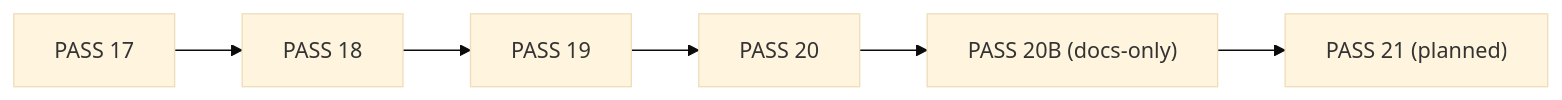
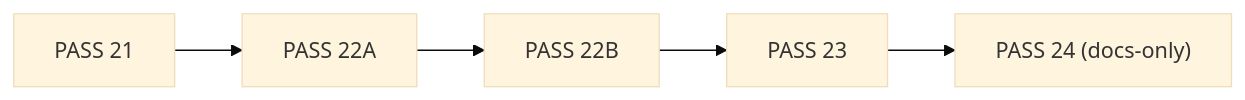
The first of 6 diagrams in docs/MERMAID_DIAGRAMS.md (Fuuduuu/ANDROBUSS), drawn with Mermaid (base theme) before and after one commit. The commit also changed other lines of this file and 9 other files, not shown here.

````diff
--- a/docs/MERMAID_DIAGRAMS.md
+++ b/docs/MERMAID_DIAGRAMS.md
@@ -7,8 +7,7 @@
 ```mermaid
 flowchart LR
-    P17["PASS 17"] --> P18["PASS 18"]
-    P18 --> P19["PASS 19"]
-    P19 --> P20["PASS 20"]
-    P20 --> P20B["PASS 20B (docs-only)"]
-    P20B --> P21["PASS 21 (planned)"]
+    P21["PASS 21"] --> P22A["PASS 22A"]
+    P22A --> P22B["PASS 22B"]
+    P22B --> P23["PASS 23"]
+    P23 --> P24["PASS 24 (docs-only)"]
 ```
````
